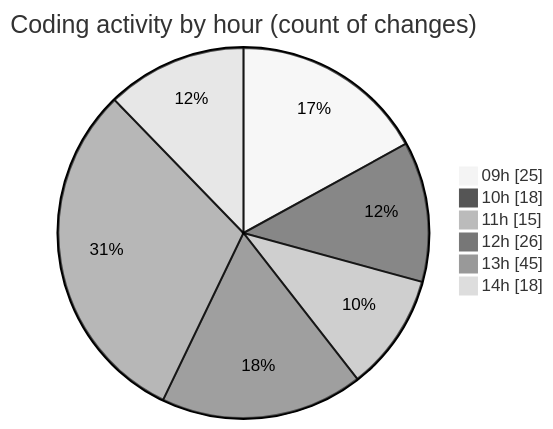
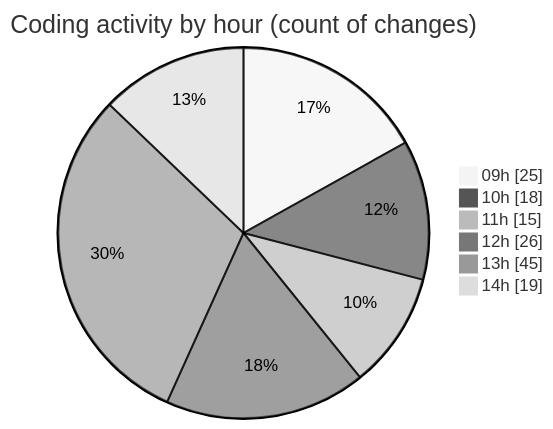
One commit to momahboobian/code-tracking changed the second of 2 diagrams in 2025-03-13/cda/README.md. Above: the diagram before and after it, drawn with Mermaid (neutral theme). The commit also changed other lines of this file and 1 other file, not shown here.

````diff
--- a/2025-03-13/cda/README.md
+++ b/2025-03-13/cda/README.md
@@ -42,10 +42,10 @@
 ```mermaid
 pie showData
 title Coding activity by hour (count of changes)
 "09h" : 25
 "10h" : 18
 "11h" : 15
 "12h" : 26
 "13h" : 45
-"14h" : 18
+"14h" : 19
 ```
````
